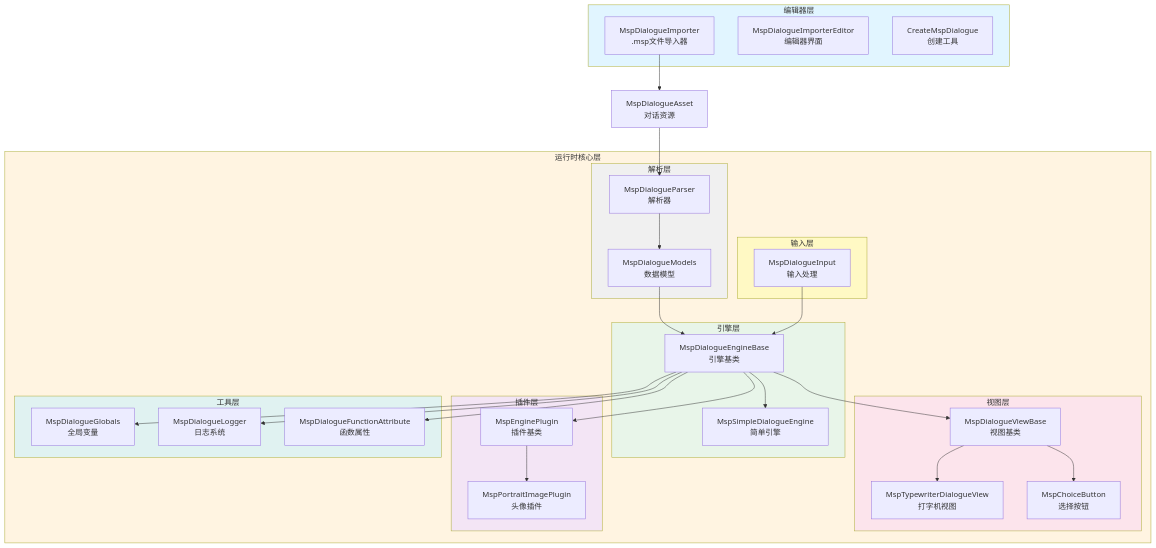
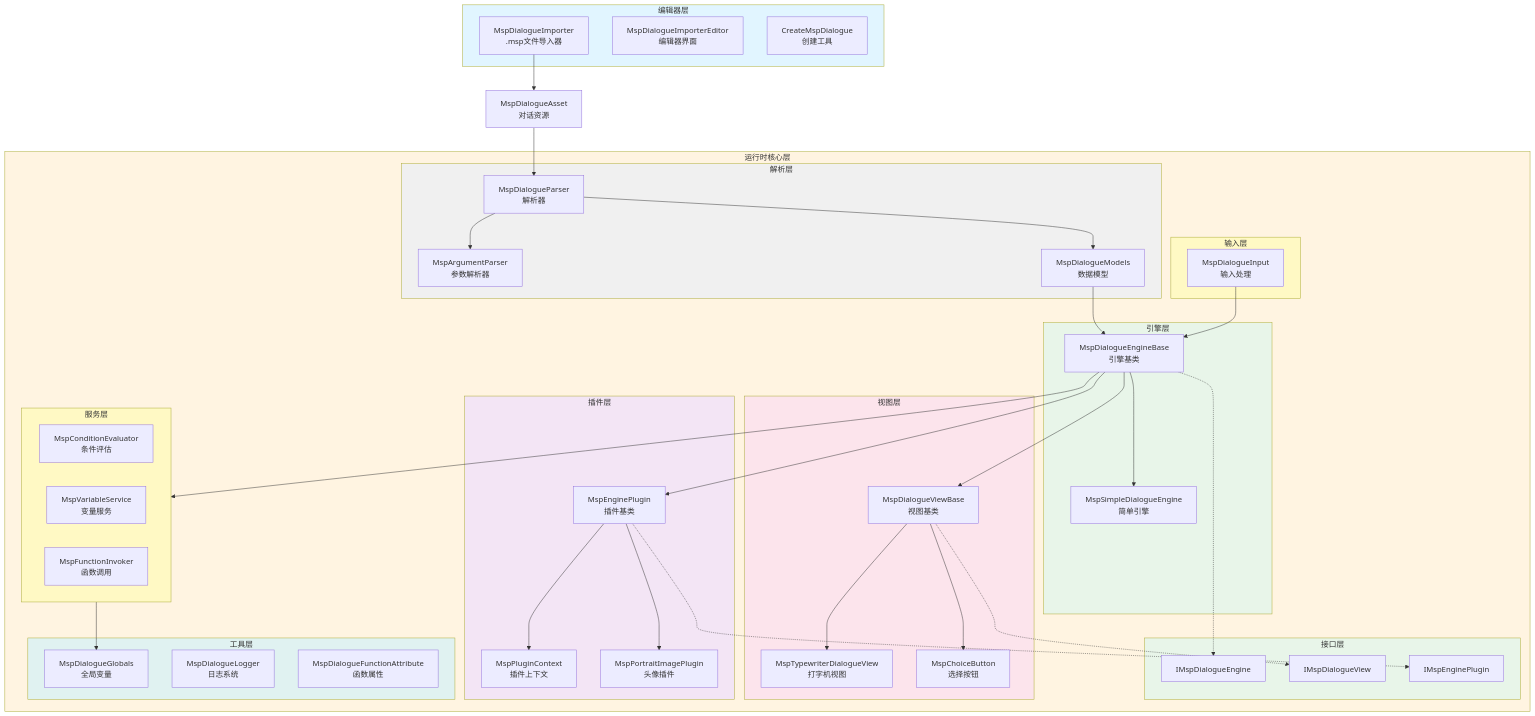
Before and after one commit to Furry-Monster/MSpeaker: the first of 5 diagrams in Structure-Mermaid.md, drawn with Mermaid. The commit also changed other lines of this file and 30 other files, not shown here.

Commit message:
feat: introduce interfaces for dialogue engine, view, and plugin management, enhancing modularity and extensibility of the dialogue system

```diff
--- a/Structure-Mermaid.md
+++ b/Structure-Mermaid.md
@@ -11,14 +11,27 @@
     end
 
     subgraph Runtime["运行时核心层"]
+        subgraph Interfaces["接口层"]
+            IEngine[IMspDialogueEngine]
+            IView[IMspDialogueView]
+            IPlugin[IMspEnginePlugin]
+        end
+
         subgraph Parser["解析层"]
             ParserCore[MspDialogueParser<br/>解析器]
+            ArgParser[MspArgumentParser<br/>参数解析器]
             Models[MspDialogueModels<br/>数据模型]
         end
 
         subgraph Engine["引擎层"]
             EngineBase[MspDialogueEngineBase<br/>引擎基类]
             SimpleEngine[MspSimpleDialogueEngine<br/>简单引擎]
+        end
+
+        subgraph Services["服务层"]
+            ConditionEval[MspConditionEvaluator<br/>条件评估]
+            VarService[MspVariableService<br/>变量服务]
+            FuncInvoker[MspFunctionInvoker<br/>函数调用]
         end
 
         subgraph Views["视图层"]
@@ -29,6 +42,7 @@
 
         subgraph Plugins["插件层"]
             PluginBase[MspEnginePlugin<br/>插件基类]
+            PluginContext[MspPluginContext<br/>插件上下文]
             PortraitPlugin[MspPortraitImagePlugin<br/>头像插件]
         end
 
@@ -48,22 +62,28 @@
     Importer --> Asset
     Asset --> ParserCore
     ParserCore --> Models
+    ParserCore --> ArgParser
     Models --> EngineBase
     EngineBase --> SimpleEngine
+    EngineBase -.-> IEngine
+    EngineBase --> Services
     EngineBase --> ViewBase
+    ViewBase -.-> IView
     ViewBase --> TypewriterView
     ViewBase --> ChoiceButton
     EngineBase --> PluginBase
+    PluginBase -.-> IPlugin
+    PluginBase --> PluginContext
     PluginBase --> PortraitPlugin
     InputHandler --> EngineBase
-    EngineBase --> Globals
-    EngineBase --> Logger
-    EngineBase --> FunctionAttr
+    Services --> Globals
 
     style Editor fill:#e1f5ff
     style Runtime fill:#fff4e1
+    style Interfaces fill:#e8f5e9
     style Parser fill:#f0f0f0
     style Engine fill:#e8f5e9
+    style Services fill:#fff9c4
     style Views fill:#fce4ec
     style Plugins fill:#f3e5f5
     style Input fill:#fff9c4
```
